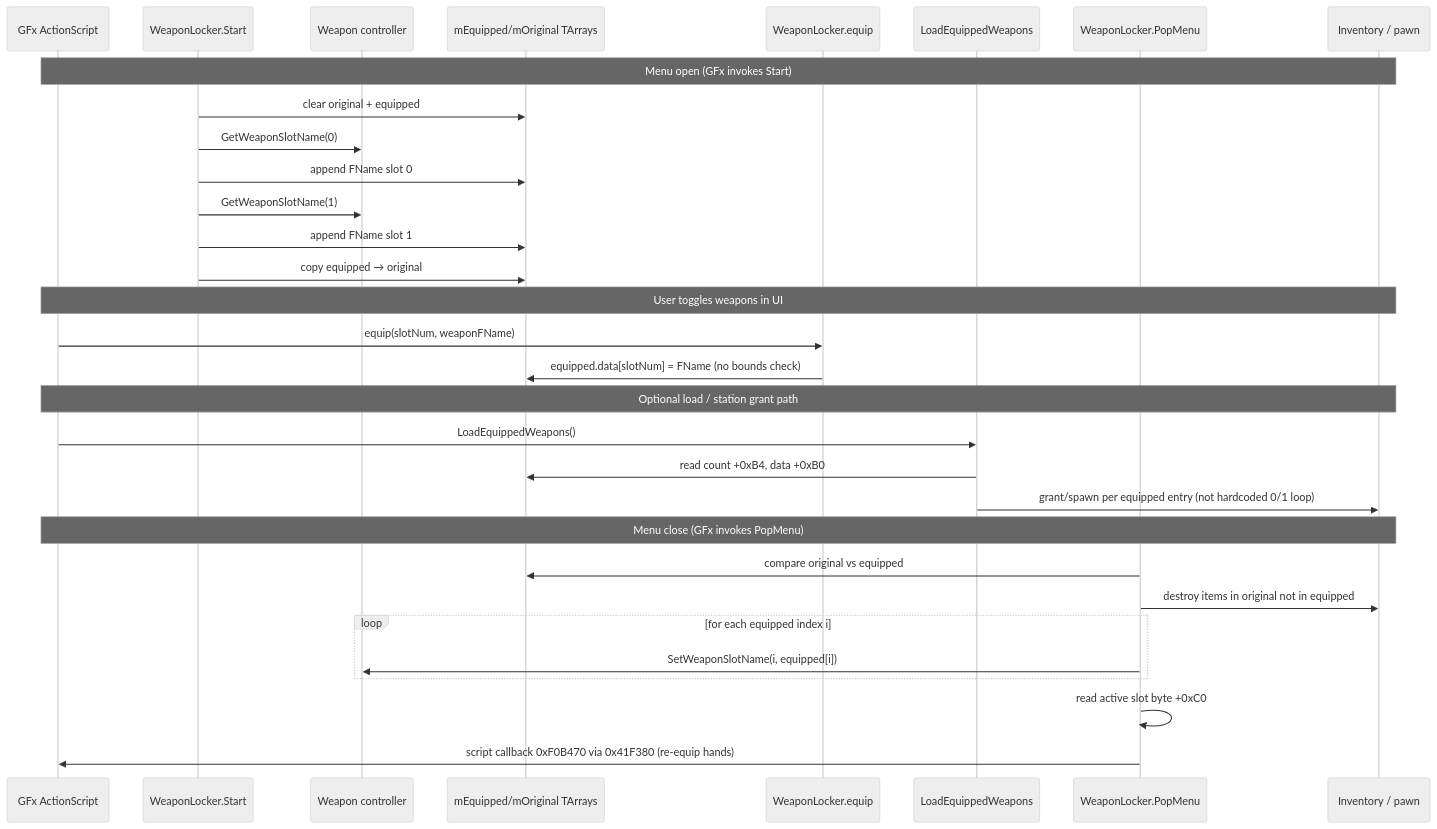
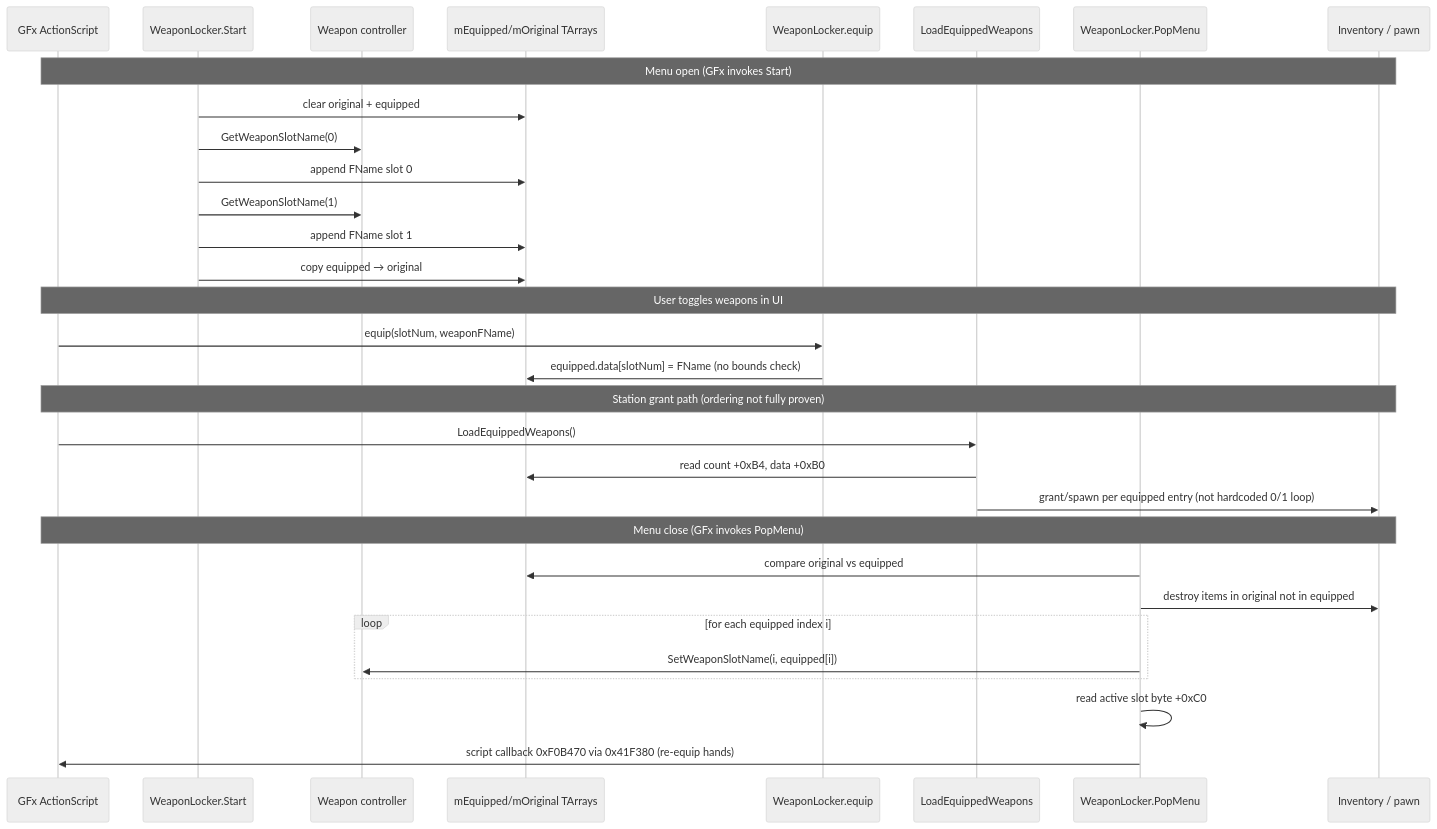
Before and after one commit to trilex07/SingularityVR: the diagram in docs/weapon-locker-native-contract-20261022.md, drawn with Mermaid (neutral theme). The commit also changed other lines of this file and 1 other file, not shown here.

````diff
--- a/docs/weapon-locker-native-contract-20261022.md
+++ b/docs/weapon-locker-native-contract-20261022.md
@@ -35,37 +35,37 @@
 ```mermaid
 sequenceDiagram
     participant GFx as GFx ActionScript
     participant Start as WeaponLocker.Start
     participant Ctrl as Weapon controller
     participant Arr as mEquipped/mOriginal TArrays
     participant Equip as WeaponLocker.equip
     participant Load as LoadEquippedWeapons
     participant Pop as WeaponLocker.PopMenu
     participant Inv as Inventory / pawn
 
     Note over GFx,Inv: Menu open (GFx invokes Start)
     Start->>Arr: clear original + equipped
     Start->>Ctrl: GetWeaponSlotName(0)
     Start->>Arr: append FName slot 0
     Start->>Ctrl: GetWeaponSlotName(1)
     Start->>Arr: append FName slot 1
     Start->>Arr: copy equipped → original
 
     Note over GFx,Inv: User toggles weapons in UI
     GFx->>Equip: equip(slotNum, weaponFName)
     Equip->>Arr: equipped.data[slotNum] = FName (no bounds check)
 
-    Note over GFx,Inv: Optional load / station grant path
+    Note over GFx,Inv: Station grant path (ordering not fully proven)
     GFx->>Load: LoadEquippedWeapons()
     Load->>Arr: read count +0xB4, data +0xB0
     Load->>Inv: grant/spawn per equipped entry (not hardcoded 0/1 loop)
 
     Note over GFx,Inv: Menu close (GFx invokes PopMenu)
     Pop->>Arr: compare original vs equipped
     Pop->>Inv: destroy items in original not in equipped
     loop for each equipped index i
         Pop->>Ctrl: SetWeaponSlotName(i, equipped[i])
     end
     Pop->>Pop: read active slot byte +0xC0
     Pop->>GFx: script callback 0xF0B470 via 0x41F380 (re-equip hands)
 ```
````
